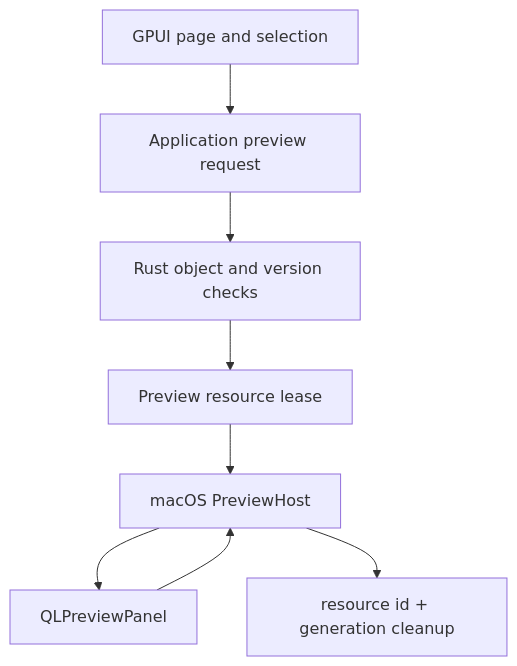
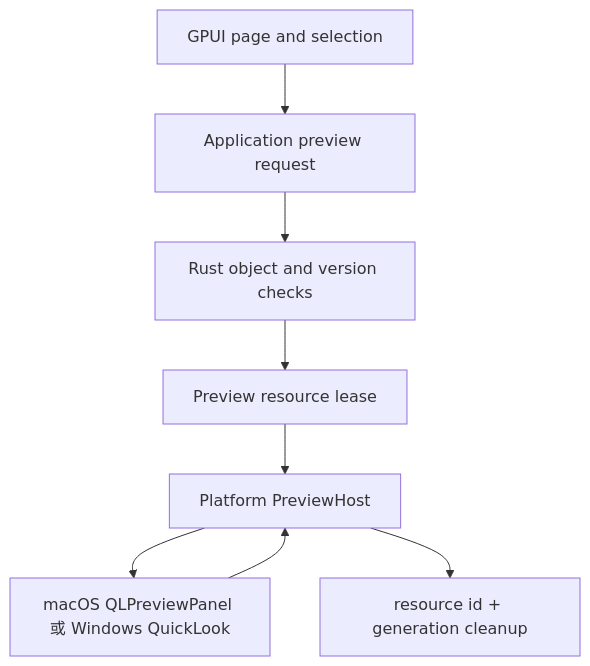
One commit to FantasyDream/Anywhere changed the diagram in docs/native-preview.md. Above: the diagram before and after it, drawn with Mermaid. The commit also changed other lines of this file and 341 other files, not shown here.

````diff
--- a/docs/native-preview.md
+++ b/docs/native-preview.md
@@ -39,10 +40,10 @@
 ```mermaid
 flowchart TD
   Page[GPUI page and selection] --> Runtime[Application preview request]
   Runtime --> Auth[Rust object and version checks]
   Auth --> Resources[Preview resource lease]
-  Resources --> Host[macOS PreviewHost]
-  Host --> QL[QLPreviewPanel]
+  Resources --> Host[Platform PreviewHost]
+  Host --> QL[macOS QLPreviewPanel 或 Windows QuickLook]
   QL --> Host
   Host --> Generation[resource id + generation cleanup]
 ```
````
